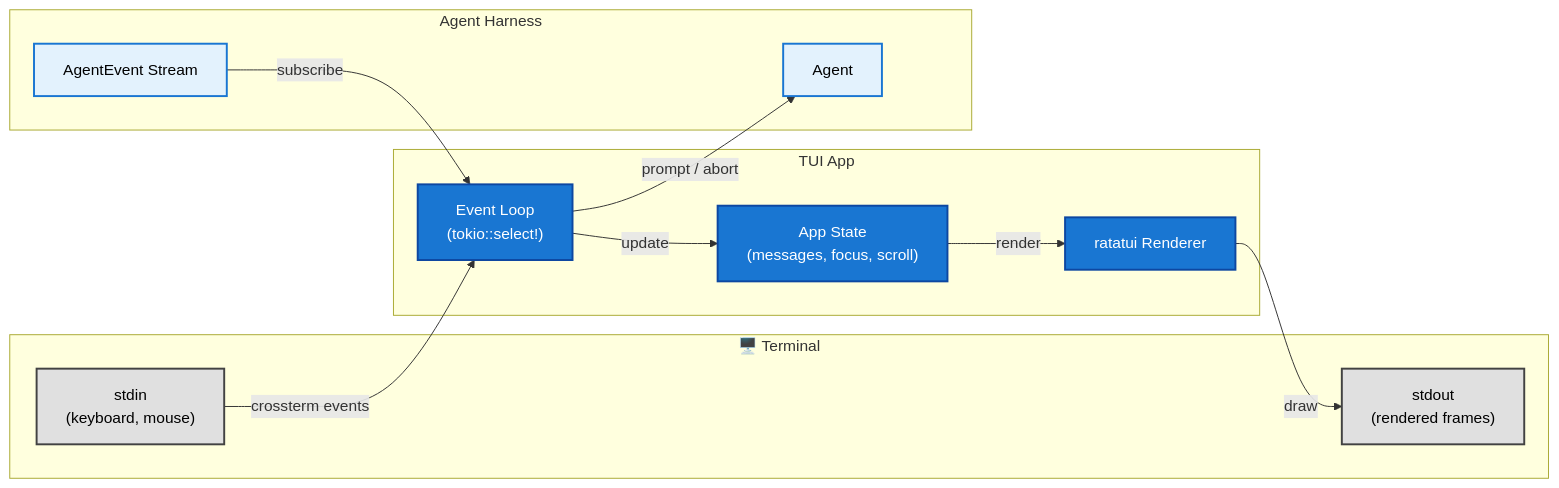
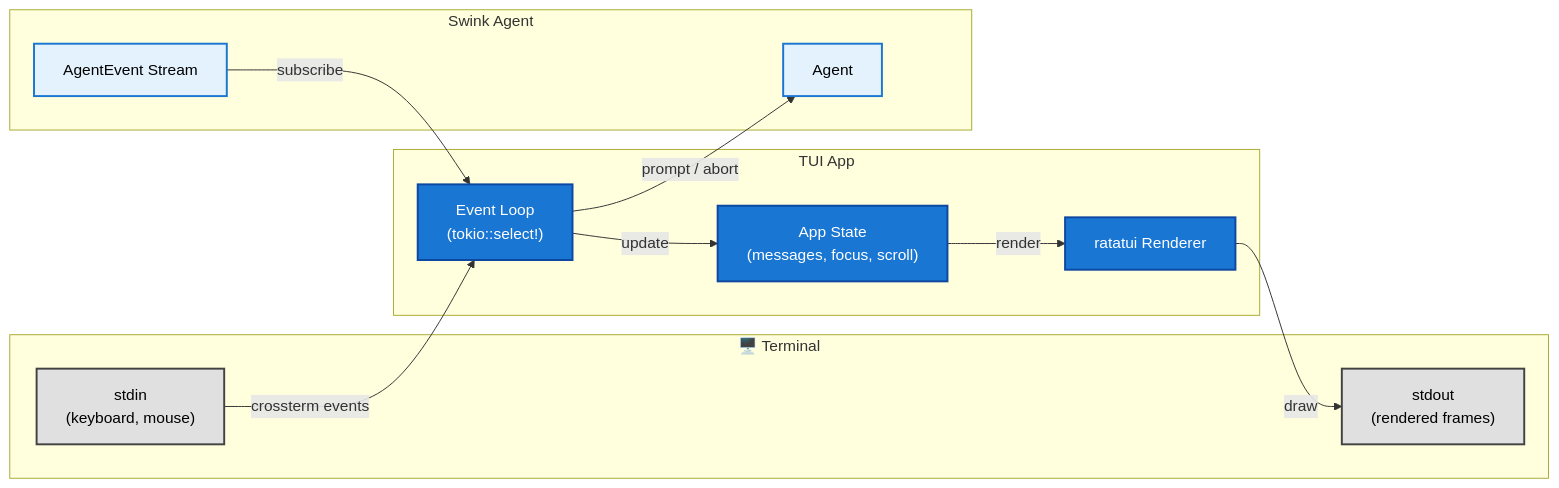
Before and after one commit to SuperSwinkAI/Swink-Agent: the fifth of 5 diagrams in docs/architecture/HLD.md, drawn with Mermaid. The commit also changed other lines of this file and 58 other files, not shown here.

First line of the commit message:
Rename project from agent-harness to swink-agent

````diff
--- a/docs/architecture/HLD.md
+++ b/docs/architecture/HLD.md
@@ -411,33 +411,33 @@
 ```mermaid
 flowchart LR
     subgraph Terminal["🖥️ Terminal"]
         Stdin["stdin<br/>(keyboard, mouse)"]
         Stdout["stdout<br/>(rendered frames)"]
     end
 
     subgraph TUI["TUI App"]
         EventLoop["Event Loop<br/>(tokio::select!)"]
         State["App State<br/>(messages, focus, scroll)"]
         Renderer["ratatui Renderer"]
     end
 
-    subgraph Harness["Agent Harness"]
+    subgraph Harness["Swink Agent"]
         Agent["Agent"]
         Events["AgentEvent Stream"]
     end
 
     Stdin -->|"crossterm events"| EventLoop
     EventLoop -->|"update"| State
     State -->|"render"| Renderer
     Renderer -->|"draw"| Stdout
     EventLoop -->|"prompt / abort"| Agent
     Events -->|"subscribe"| EventLoop
 
     classDef termStyle fill:#e0e0e0,stroke:#424242,stroke-width:2px,color:#000
     classDef tuiStyle fill:#1976d2,stroke:#0d47a1,stroke-width:2px,color:#fff
     classDef harnessStyle fill:#e3f2fd,stroke:#1976d2,stroke-width:2px,color:#000
 
     class Stdin,Stdout termStyle
     class EventLoop,State,Renderer tuiStyle
     class Agent,Events harnessStyle
 ```
````
